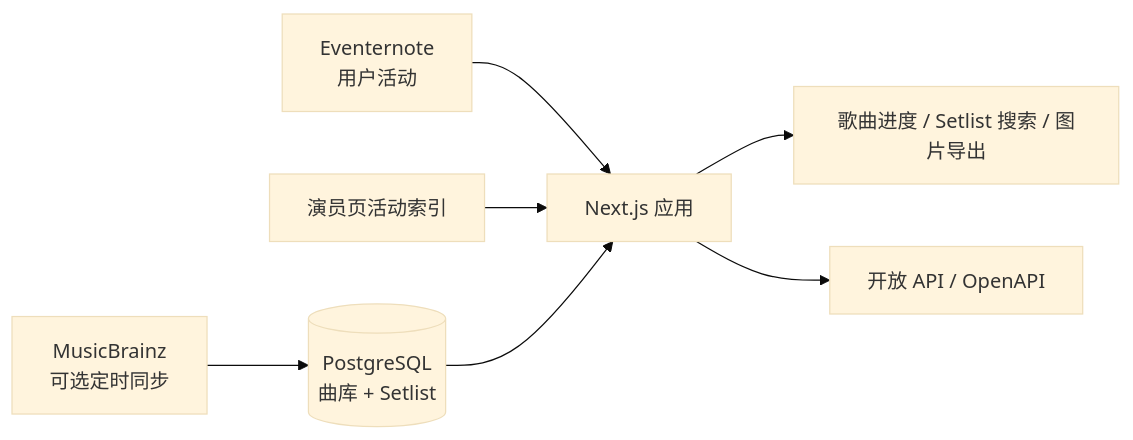
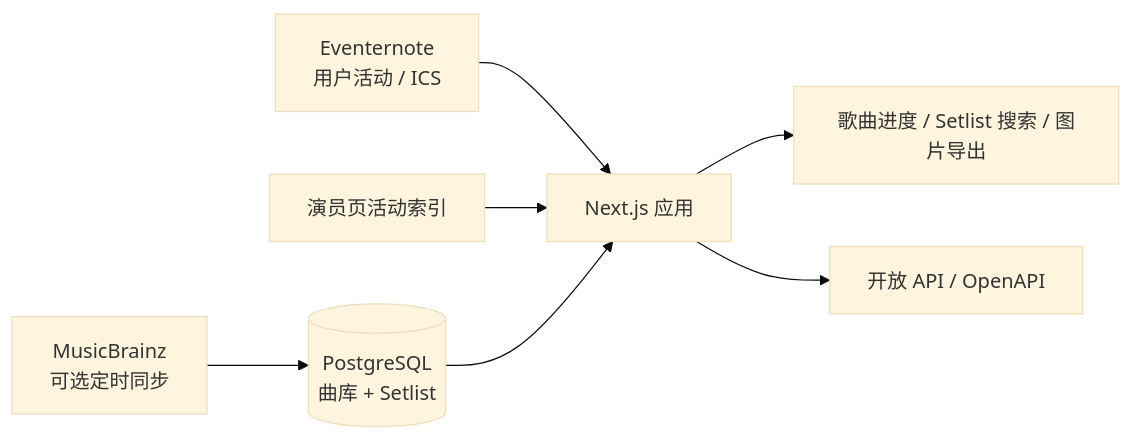
Before and after one commit to calcxx/bandori-live-songs: the diagram in README.md, drawn with Mermaid (base theme). The commit also changed other lines of this file and 27 other files, not shown here.

````diff
--- a/README.md
+++ b/README.md
@@ -29,9 +29,9 @@
 ```mermaid
 flowchart LR
-  EN["Eventernote<br/>用户活动"] --> App["Next.js 应用"]
+  EN["Eventernote<br/>用户活动 / ICS"] --> App["Next.js 应用"]
   Index["演员页活动索引"] --> App
   DB[("PostgreSQL<br/>曲库 + Setlist")] --> App
   MB["MusicBrainz<br/>可选定时同步"] --> DB
   App --> UI["歌曲进度 / Setlist 搜索 / 图片导出"]
   App --> API["开放 API / OpenAPI"]
 ```
````
